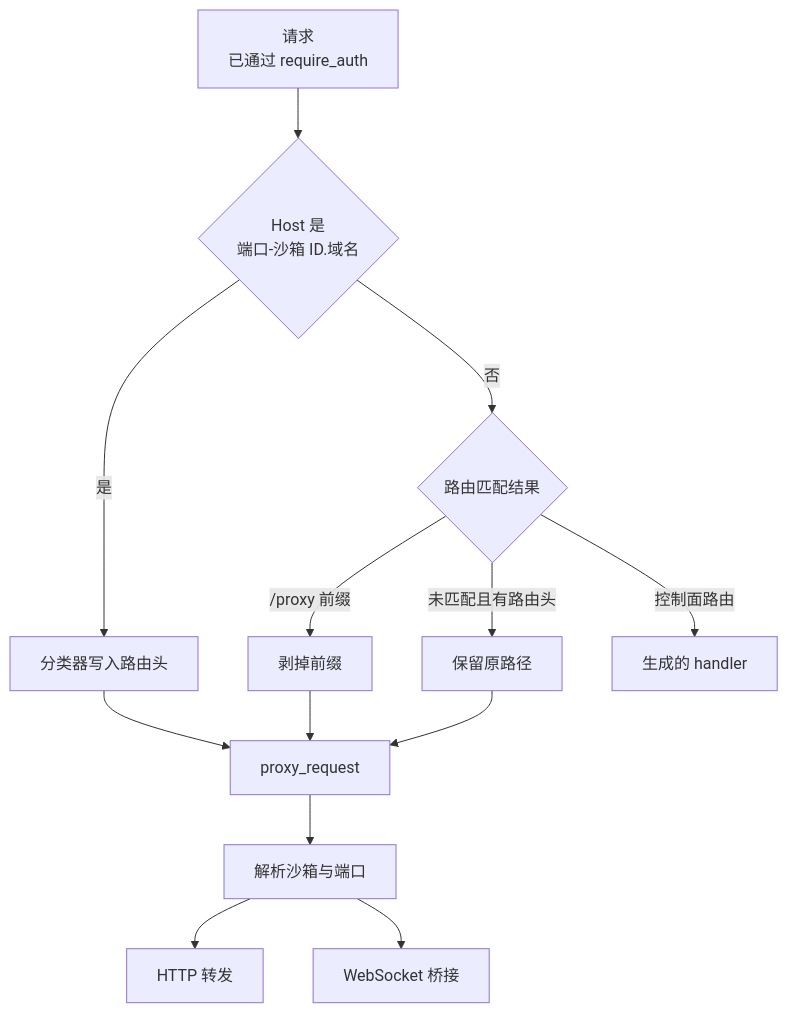
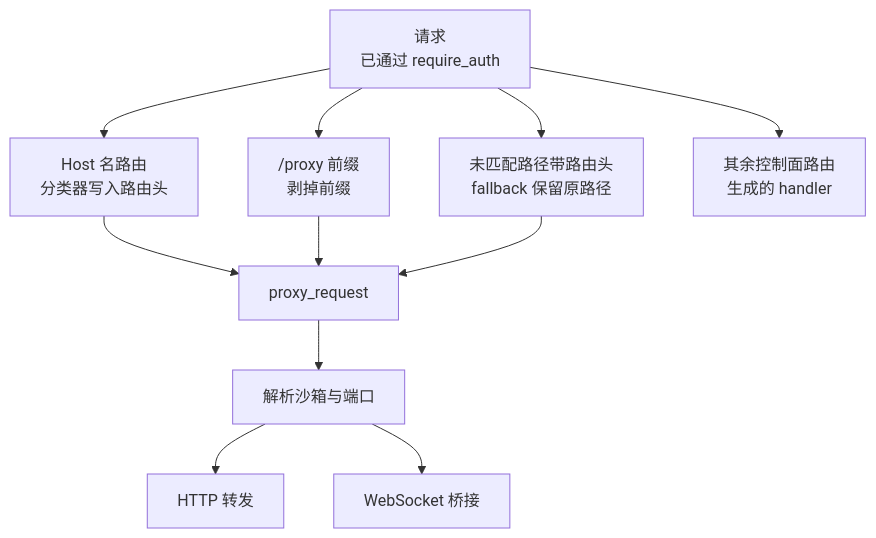
One commit to AustinJiangg/ai-books changed the first of 3 diagrams in agentenv/17-reverse-proxy.md. Above: the diagram before and after it, drawn with Mermaid. The commit also changed other lines of this file and 3 other files, not shown here.

````diff
--- a/agentenv/17-reverse-proxy.md
+++ b/agentenv/17-reverse-proxy.md
@@ -42,15 +42,13 @@
 ```mermaid
 flowchart TB
-    R["请求<br/>已通过 require_auth"] --> C{"Host 是<br/>端口-沙箱 ID.域名"}
-    C -->|"是"| H["分类器写入路由头"]
-    C -->|"否"| M{"路由匹配结果"}
-    M -->|"/proxy 前缀"| P["剥掉前缀"]
-    M -->|"未匹配且有路由头"| F["保留原路径"]
-    M -->|"控制面路由"| API["生成的 handler"]
+    R["请求<br/>已通过 require_auth"] --> H["Host 名路由<br/>分类器写入路由头"]
+    R --> P["/proxy 前缀<br/>剥掉前缀"]
+    R --> F["未匹配路径带路由头<br/>fallback 保留原路径"]
+    R --> API["其余控制面路由<br/>生成的 handler"]
     H --> X["proxy_request"]
     P --> X
     F --> X
     X --> RS["解析沙箱与端口"]
     RS --> HT["HTTP 转发"]
     RS --> WS["WebSocket 桥接"]
 ```
````
